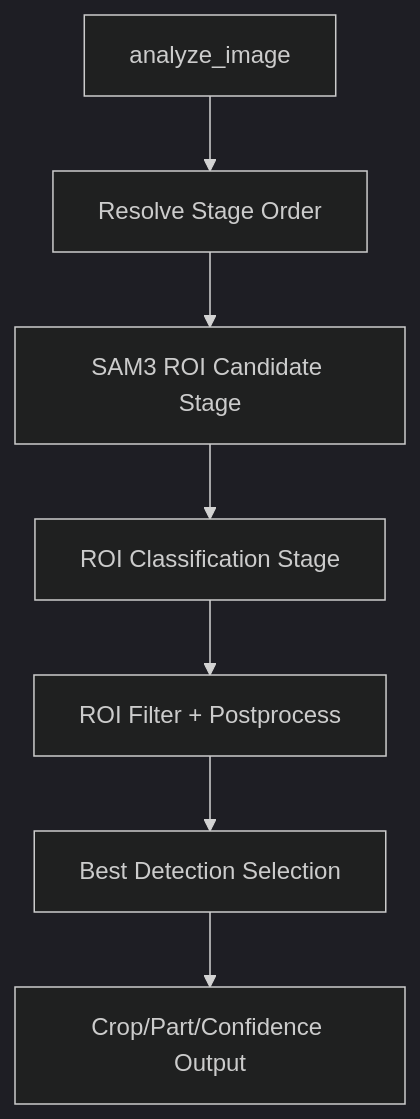
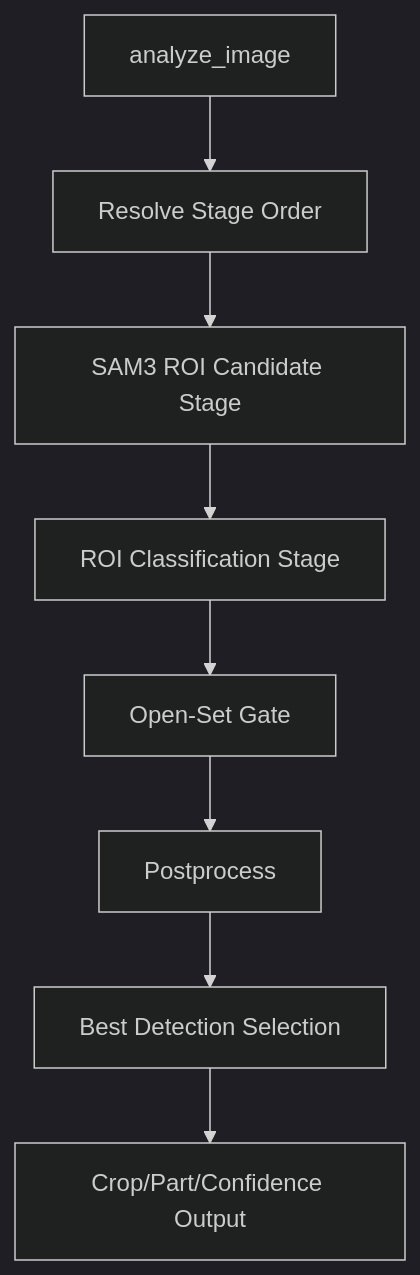
One commit to EfeErim/bitirmeprojesi changed the third of 3 diagrams in docs/architecture/overview.md. Above: the diagram before and after it, drawn with Mermaid (dark theme). The commit also changed other lines of this file and 19 other files, not shown here.

Commit message:
Implement AADS v6 architecture evaluation pass 1

````diff
--- a/docs/architecture/overview.md
+++ b/docs/architecture/overview.md
@@ -48,9 +48,10 @@
 ```mermaid
 flowchart TD
     START[analyze_image] --> ORDER[Resolve Stage Order]
     ORDER --> ROI[SAM3 ROI Candidate Stage]
     ROI --> CLS[ROI Classification Stage]
-    CLS --> FILTER[ROI Filter + Postprocess]
-    FILTER --> BEST[Best Detection Selection]
+    CLS --> GATE[Open-Set Gate]
+    GATE --> POST[Postprocess]
+    POST --> BEST[Best Detection Selection]
     BEST --> OUTPUT[Crop/Part/Confidence Output]
 ```
````
